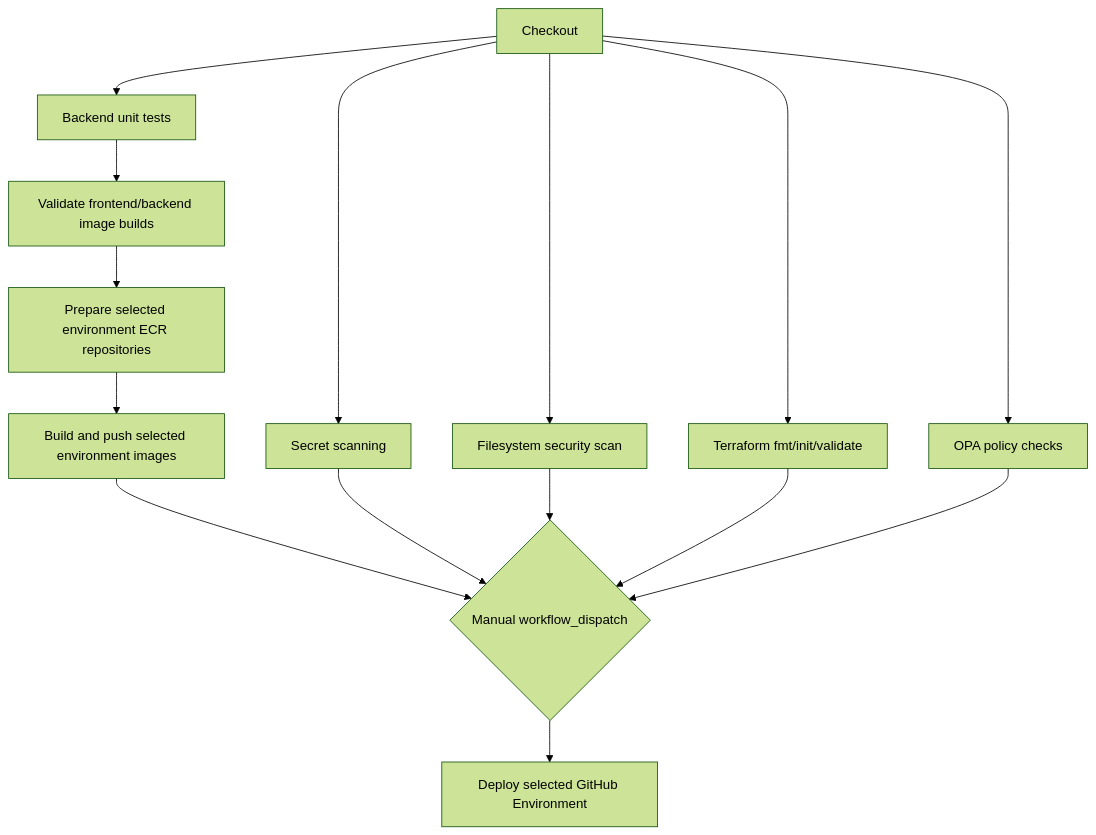
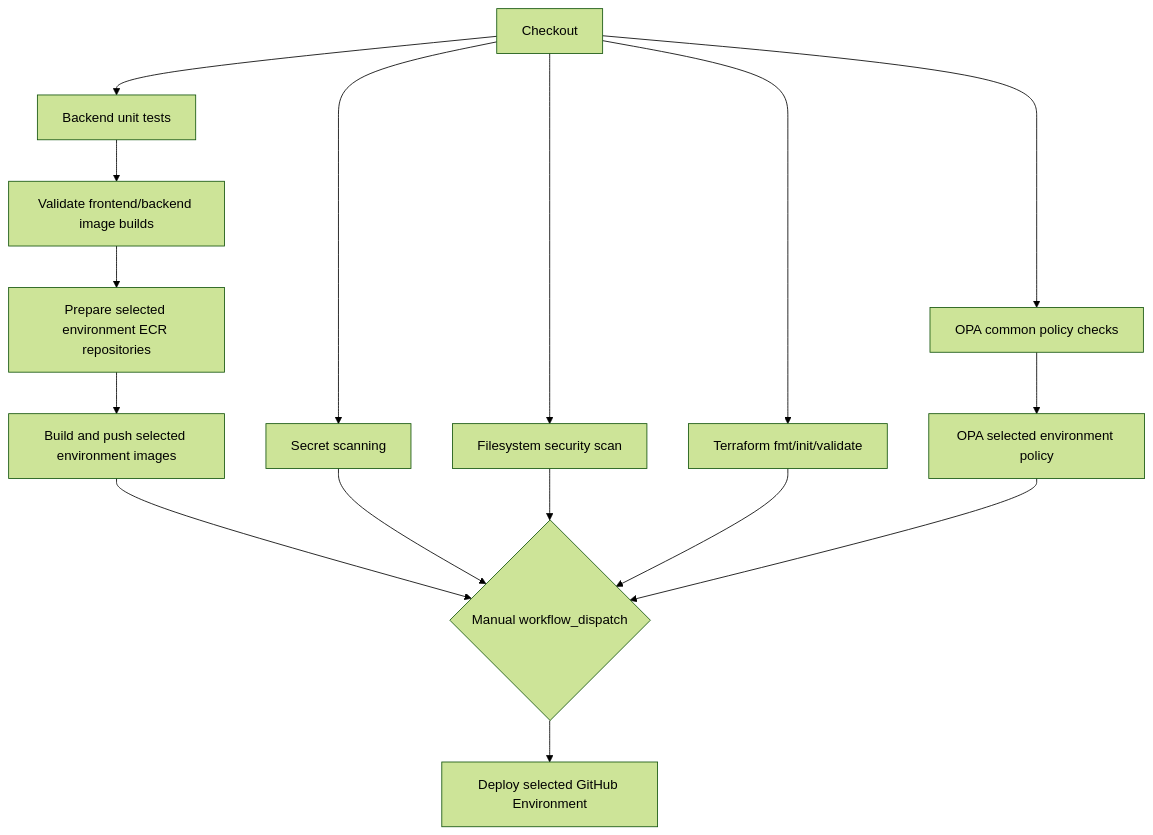
Before and after one commit to zerorclover/platform-hello: the diagram in docs/architecture/task-2-pipeline.md, drawn with Mermaid (forest theme). The commit also changed other lines of this file and 24 other files, not shown here.

Commit message:
fix: split opa gates by deployment environment

````diff
--- a/docs/architecture/task-2-pipeline.md
+++ b/docs/architecture/task-2-pipeline.md
@@ -7,17 +7,18 @@
 ```mermaid
 flowchart TD
   Checkout[Checkout] --> Tests[Backend unit tests]
   Checkout --> SecretScan[Secret scanning]
   Checkout --> SecurityScan[Filesystem security scan]
   Tests --> DockerBuild[Validate frontend/backend image builds]
   DockerBuild --> Prepare[Prepare selected environment ECR repositories]
   Prepare --> Package[Build and push selected environment images]
   Checkout --> Terraform[Terraform fmt/init/validate]
-  Checkout --> OPA[OPA policy checks]
+  Checkout --> OPACommon[OPA common policy checks]
+  OPACommon --> OPAEnv[OPA selected environment policy]
   Package --> Deploy{Manual workflow_dispatch}
   SecretScan --> Deploy
   SecurityScan --> Deploy
   Terraform --> Deploy
-  OPA --> Deploy
+  OPAEnv --> Deploy
   Deploy --> Env[Deploy selected GitHub Environment]
 ```
````
